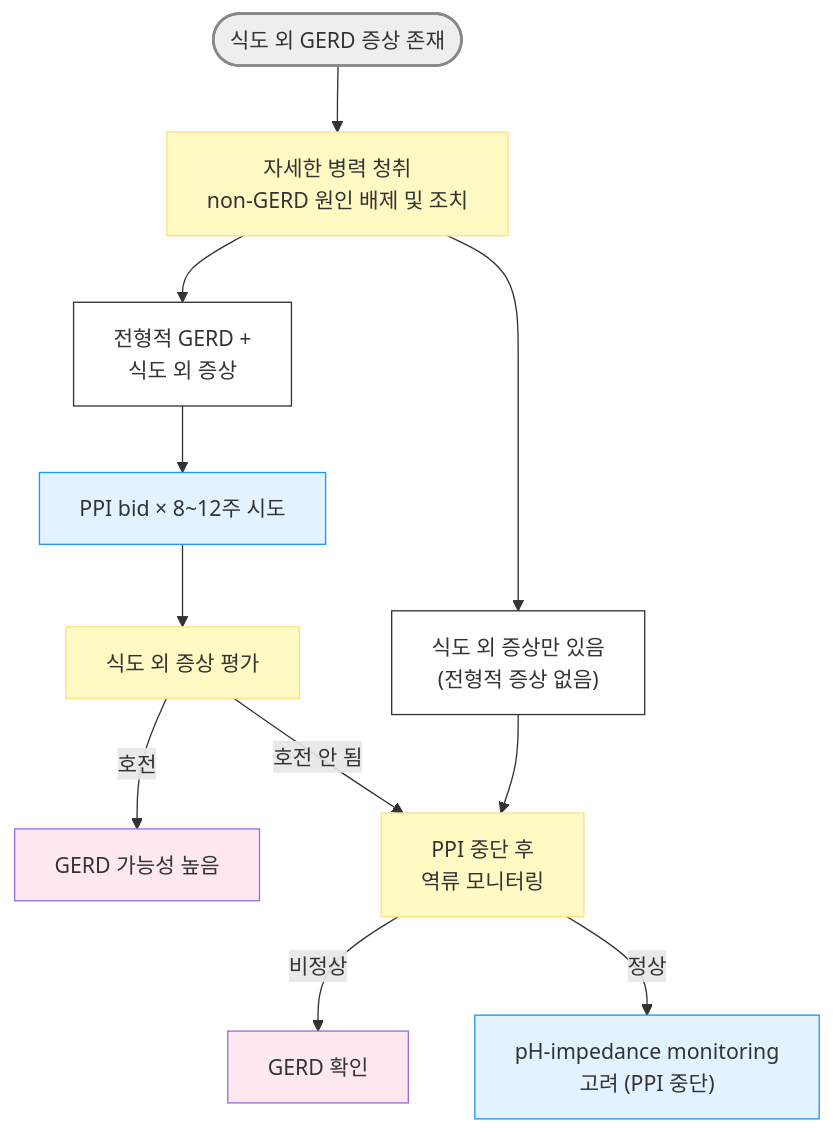
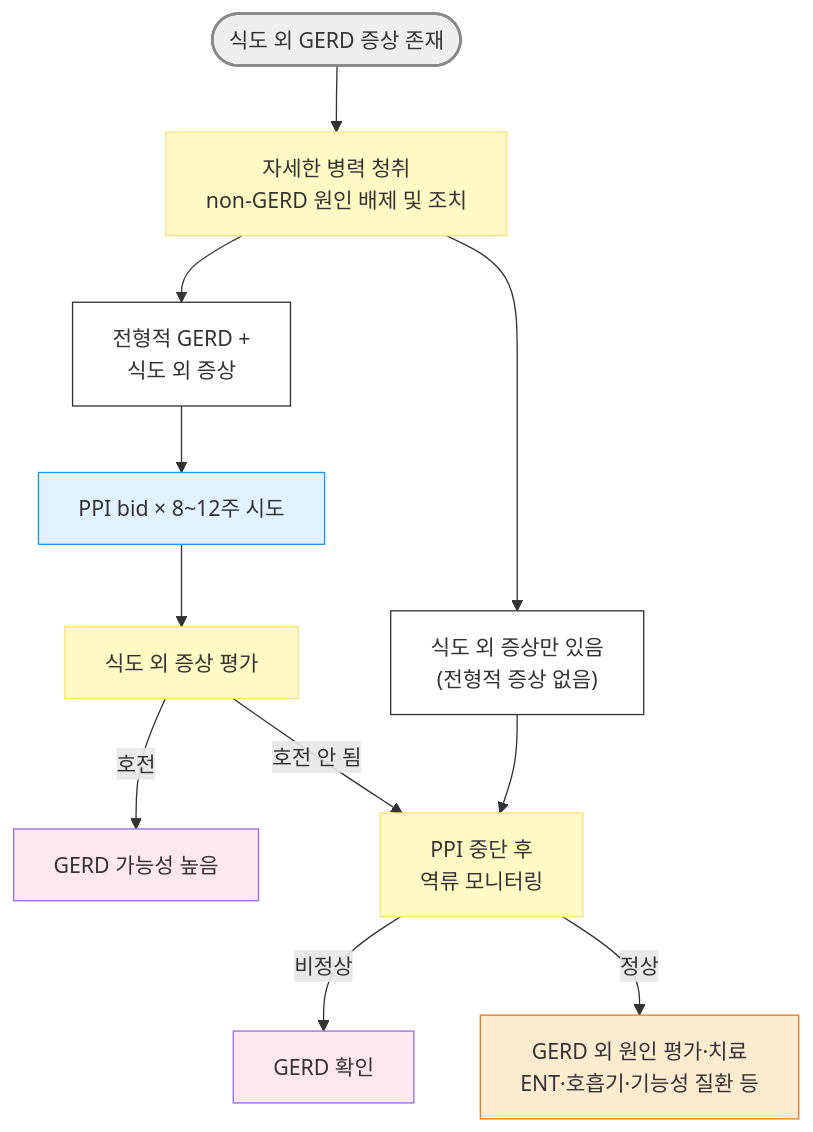
The second of 5 diagrams in 224_/081_-gerd.md (familyoh77/familyoh77), drawn with Mermaid before and after one commit. The commit also changed other lines of this file and 15 other files, not shown here.

````diff
--- a/224_/081_-gerd.md
+++ b/224_/081_-gerd.md
@@ -209,35 +214,37 @@
 ```mermaid
 graph TD
     Start(["식도 외 GERD 증상 존재"])
     History["자세한 병력 청취<br/>non-GERD 원인 배제 및 조치"]
     Typical["전형적 GERD +<br/>식도 외 증상"]
     Atypical["식도 외 증상만 있음<br/>(전형적 증상 없음)"]
     PPI_Trial["PPI bid × 8~12주 시도"]
     Symptoms_Check["식도 외 증상 평가"]
     Monitoring["PPI 중단 후<br/>역류 모니터링"]
     GERD_Confirm1["GERD 가능성 높음"]
     GERD_Confirm2["GERD 확인"]
-    Impedance["pH-impedance monitoring<br/>고려 (PPI 중단)"]
+    Other["GERD 외 원인 평가·치료<br/>ENT·호흡기·기능성 질환 등"]
 
     Start --> History
     History --> Typical
     History --> Atypical
     Typical --> PPI_Trial
     PPI_Trial --> Symptoms_Check
     Symptoms_Check -- "호전" --> GERD_Confirm1
     Symptoms_Check -- "호전 안 됨" --> Monitoring
     Atypical --> Monitoring
     Monitoring -- "비정상" --> GERD_Confirm2
-    Monitoring -- "정상" --> Impedance
+    Monitoring -- "정상" --> Other
 
     style Start fill:#eeeeee,stroke:#888888,stroke-width:2px
     style History fill:#fff9c4,stroke:#ffe082
     classDef white fill:#fff,stroke:#333
 class Typical,Atypical white
     classDef sky fill:#e3f2ff,stroke:#2196f3
-class PPI_Trial,Impedance sky
+class PPI_Trial sky
     classDef yellow fill:#fff9c4,stroke:#ffe082
 class Symptoms_Check,Monitoring yellow
     classDef pink fill:#fde8f0
 class GERD_Confirm1,GERD_Confirm2 pink
+    classDef orange fill:#fdebd0,stroke:#e67e22
+class Other orange
 ```
````
